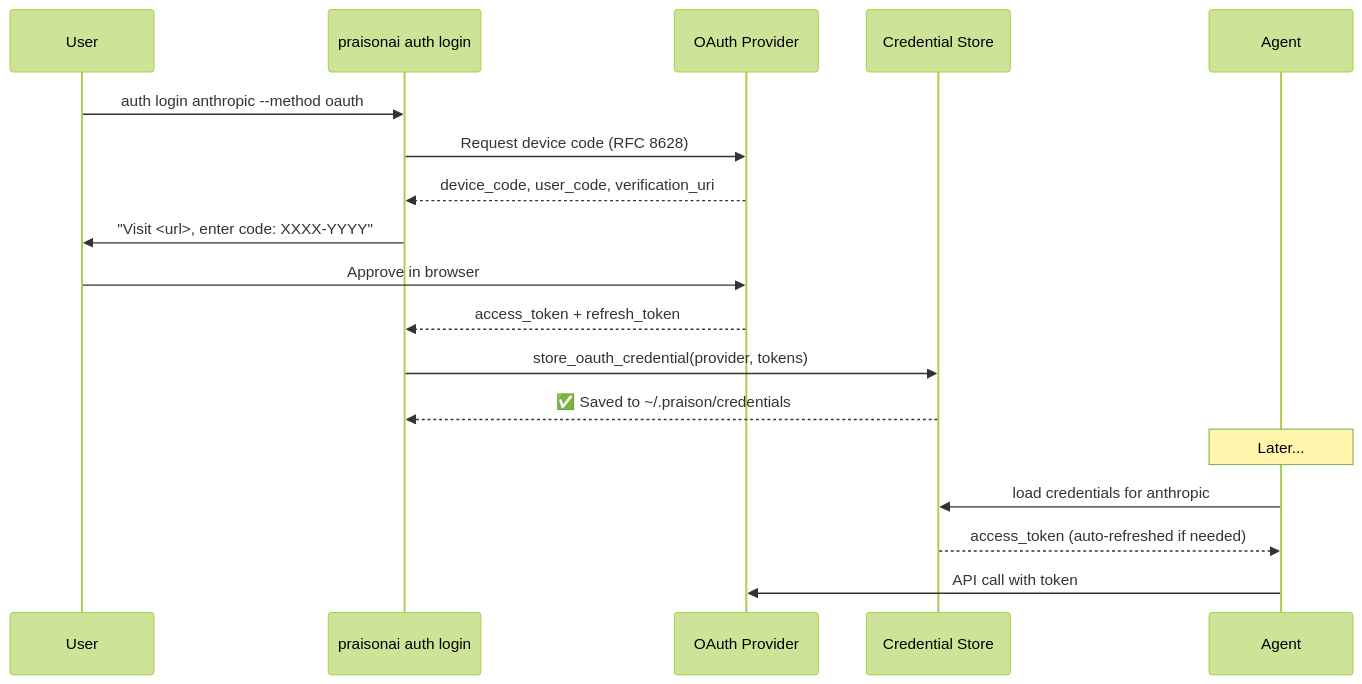
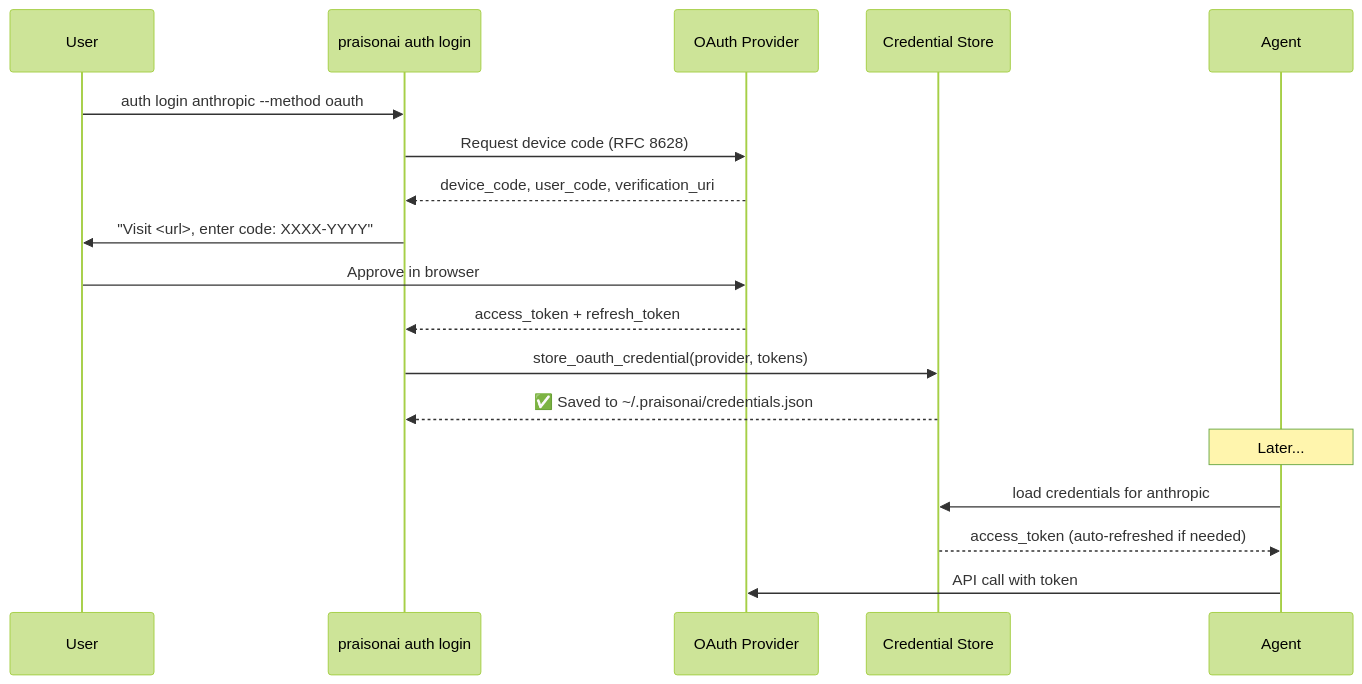
One commit to MervinPraison/PraisonAIDocs changed the second of 2 diagrams in docs/features/cli-oauth-login.mdx. Above: the diagram before and after it, drawn with Mermaid (forest theme). The commit also changed other lines of this file and 3 other files, not shown here.

Commit message:
docs: update credential store to canonical ~/.praisonai/credentials.json (fixes #1660)

````diff
--- a/docs/features/cli-oauth-login.mdx
+++ b/docs/features/cli-oauth-login.mdx
@@ -118,22 +118,22 @@
 ```mermaid
 sequenceDiagram
     participant User
     participant CLI as praisonai auth login
     participant OAuth as OAuth Provider
     participant Store as Credential Store
     participant Agent
 
     User->>CLI: auth login anthropic --method oauth
     CLI->>OAuth: Request device code (RFC 8628)
     OAuth-->>CLI: device_code, user_code, verification_uri
     CLI->>User: "Visit <url>, enter code: XXXX-YYYY"
     User->>OAuth: Approve in browser
     OAuth-->>CLI: access_token + refresh_token
     CLI->>Store: store_oauth_credential(provider, tokens)
-    Store-->>CLI: ✅ Saved to ~/.praison/credentials
+    Store-->>CLI: ✅ Saved to ~/.praisonai/credentials.json
 
     Note over Agent: Later...
     Agent->>Store: load credentials for anthropic
     Store-->>Agent: access_token (auto-refreshed if needed)
     Agent->>OAuth: API call with token
 ```
````
